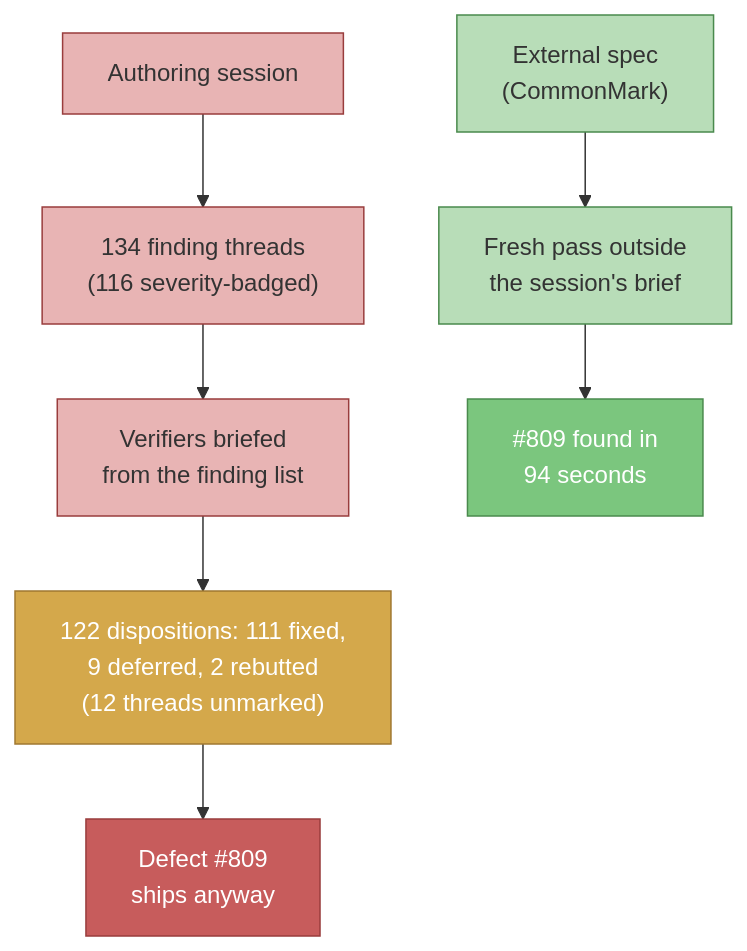
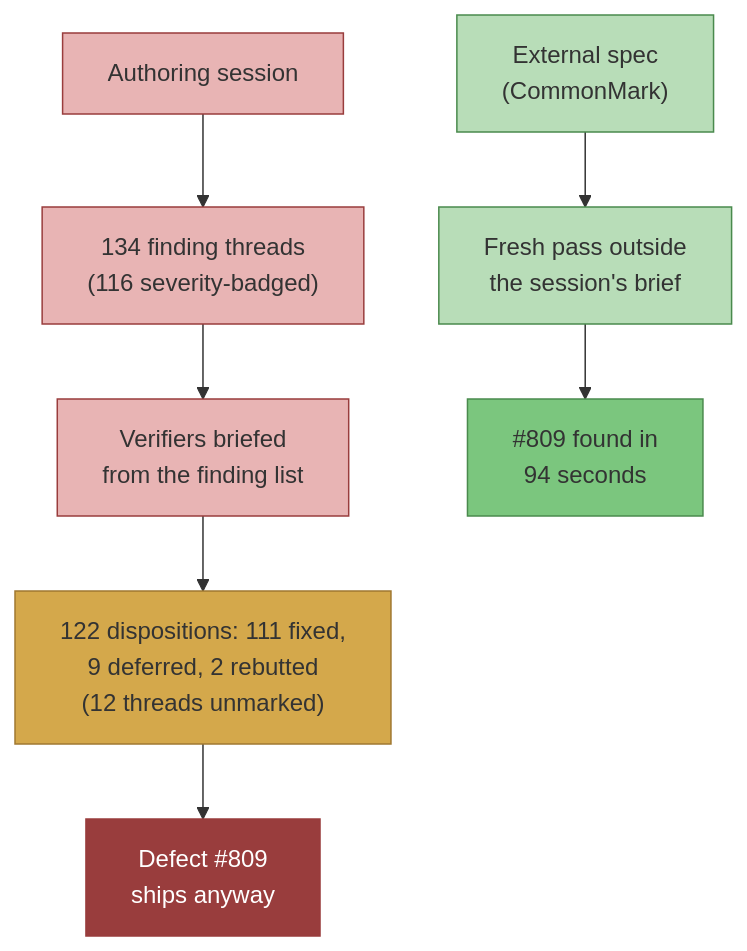
Before and after one commit to nathanjohnpayne/nathanpaynedotcom: the diagram in src/content/blog/perfect-score-wrong-axis.md, drawn with Mermaid. The commit also changed other lines of this file and 15 other files, not shown here.

Commit message:
fix(mermaid): enforce accessible label contrast (#748) (#750)

````diff
--- a/src/content/blog/perfect-score-wrong-axis.md
+++ b/src/content/blog/perfect-score-wrong-axis.md
@@ -123,17 +123,17 @@
 ```mermaid title="Correlated review versus a fresh spec-derived pass" description="The authoring-session path turns 134 findings into 122 dispositions yet still ships defect 809; a separate path derived from CommonMark finds that defect in 94 seconds."
 graph TD
     A["Authoring session"] --> B["134 finding threads<br/>(116 severity-badged)"]
     B --> C["Verifiers briefed<br/>from the finding list"]
     C --> D["122 dispositions: 111 fixed,<br/>9 deferred, 2 rebutted<br/>(12 threads unmarked)"]
     D --> E["Defect #809<br/>ships anyway"]
     S["External spec<br/>(CommonMark)"] --> F["Fresh pass outside<br/>the session's brief"]
     F --> G["#809 found in<br/>94 seconds"]
     style A fill:#e8b4b4,stroke:#993d3d,color:#333
     style B fill:#e8b4b4,stroke:#993d3d,color:#333
     style C fill:#e8b4b4,stroke:#993d3d,color:#333
-    style D fill:#d4a84b,stroke:#a07830,color:#fff
-    style E fill:#c75c5c,stroke:#993d3d,color:#fff
+    style D fill:#d4a84b,stroke:#a07830,color:#333
+    style E fill:#993d3d,stroke:#993d3d,color:#fff
     style S fill:#b8ddb8,stroke:#4a8a4d,color:#333
     style F fill:#b8ddb8,stroke:#4a8a4d,color:#333
-    style G fill:#7bc67e,stroke:#4a8a4d,color:#fff
+    style G fill:#7bc67e,stroke:#4a8a4d,color:#333
 ```
````
